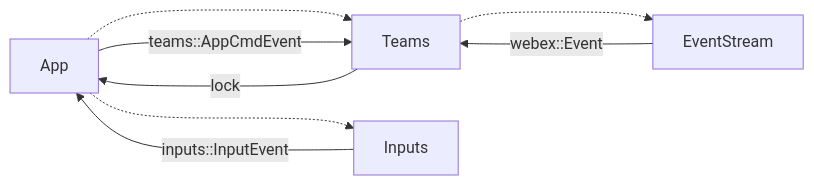
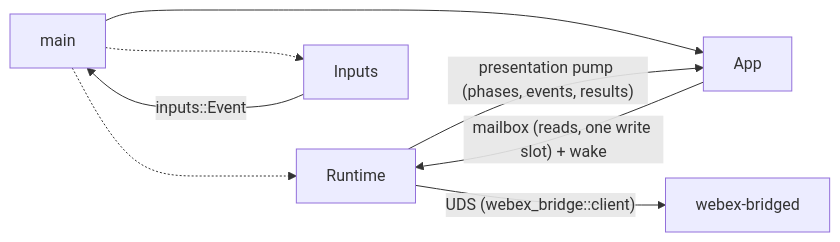
Before and after one commit to sgrimee/webex-tui: the diagram in CONTRIBUTING.md, drawn with Mermaid. The commit also changed other lines of this file and 6 other files, not shown here.

````diff
--- a/CONTRIBUTING.md
+++ b/CONTRIBUTING.md
@@ -6,12 +6,12 @@
 ```mermaid
 
 graph LR
-   App -..-> Teams & Inputs
-   Teams -..-> EventStream
-   
-   App -- teams::AppCmdEvent --> Teams
-   Teams -- lock --> App
-   EventStream -- webex::Event --> Teams
-   Inputs -- inputs::InputEvent --> App
+   main -..-> Runtime & Inputs
+   main --> App
+
+   App -- "mailbox (reads, one write slot) + wake" --> Runtime
+   Runtime -- "presentation pump (phases, events, results)" --> App
+   Runtime -- "UDS (webex_bridge::client)" --> webex-bridged
+   Inputs -- inputs::Event --> main
 
 ```
````
